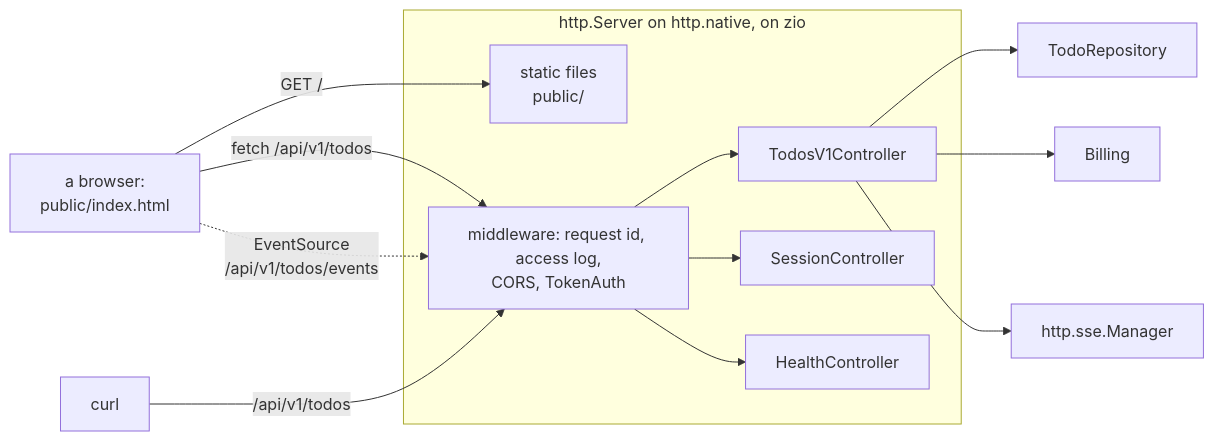
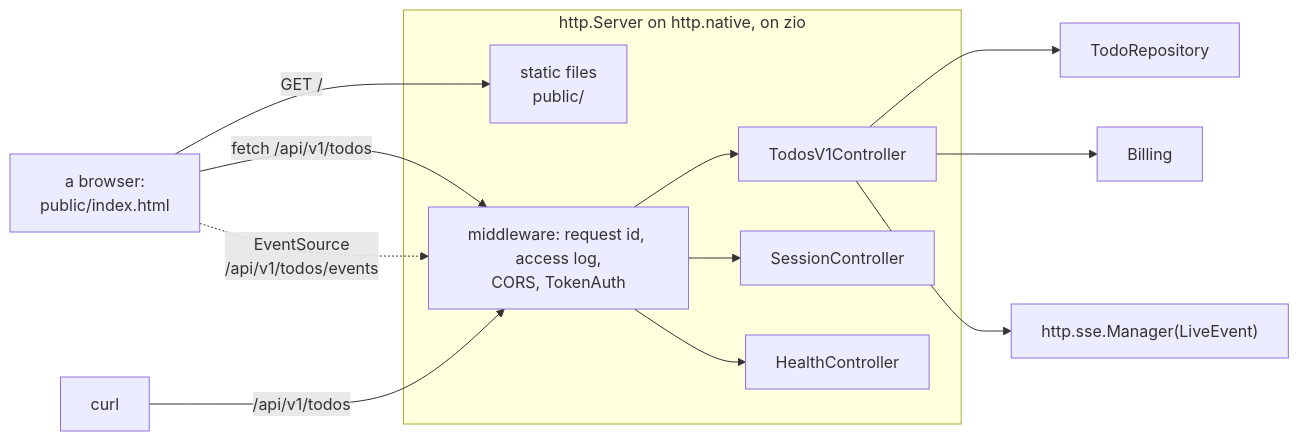
The first of 5 diagrams in src/http/examples/README.md (vkiryakov/zefir), drawn with Mermaid before and after one commit. The commit also changed other lines of this file and 191 other files, not shown here.

````diff
--- a/src/http/examples/README.md
+++ b/src/http/examples/README.md
@@ -215,17 +219,17 @@
 ```mermaid
 flowchart LR
     page["a browser:<br/>public/index.html"] -->|"GET /"| static["static files<br/>public/"]
     page -->|"fetch /api/v1/todos"| api
     curl["curl"] -->|"/api/v1/todos"| api
     page -. "EventSource<br/>/api/v1/todos/events" .-> api
     subgraph server["http.Server on http.native, on zio"]
         static
         api["middleware: request id, access log,<br/>CORS, TokenAuth"]
         api --> todos["TodosV1Controller"]
         api --> sessions["SessionController"]
         api --> health["HealthController"]
     end
     todos --> repo["TodoRepository"]
     todos --> billing["Billing"]
-    todos --> live["http.sse.Manager"]
+    todos --> live["http.sse.Manager(LiveEvent)"]
 ```
````
